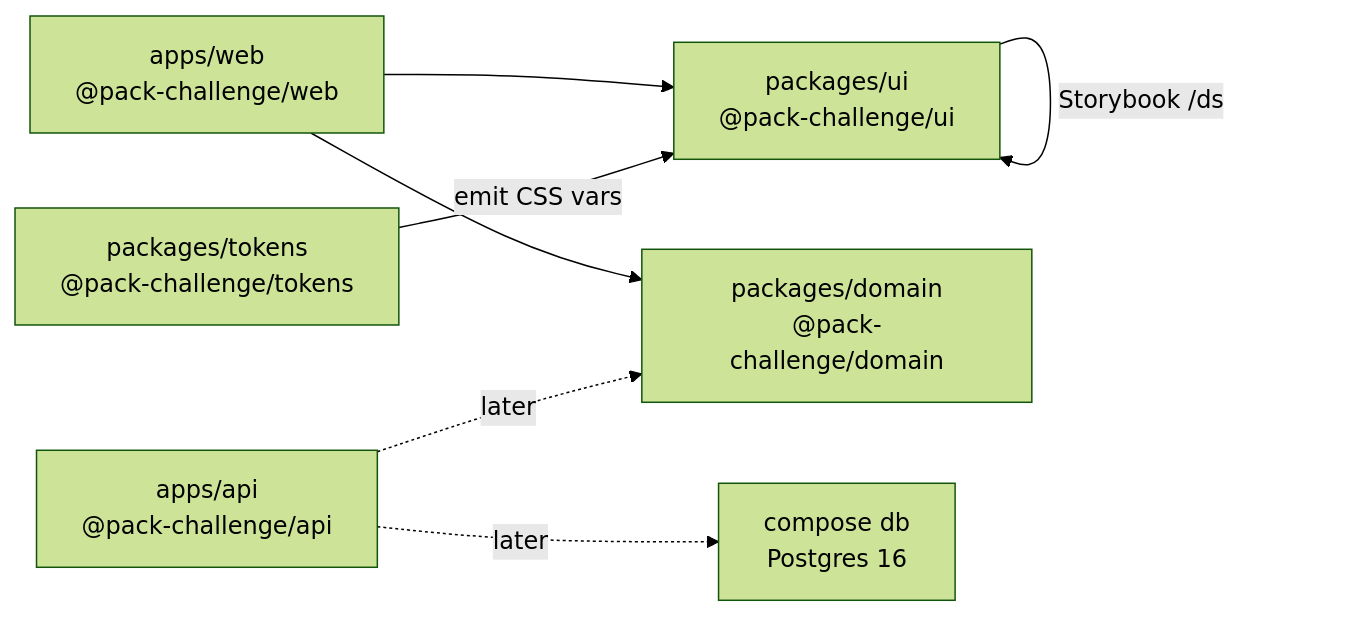
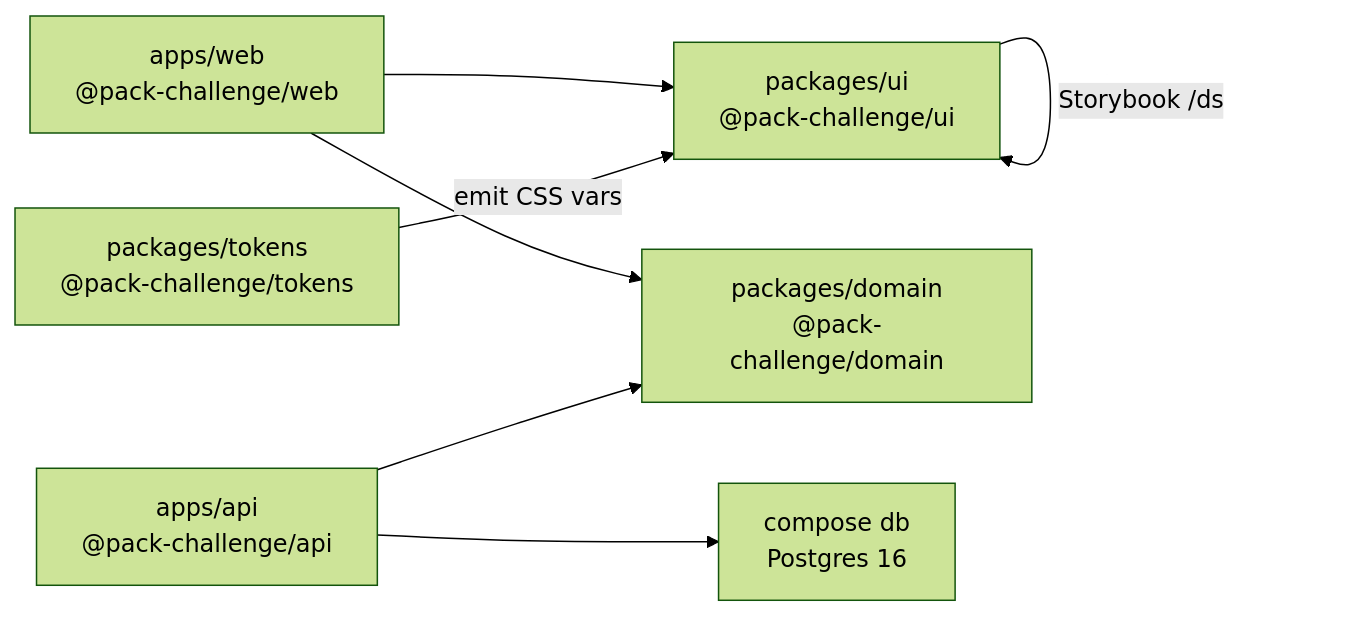
The diagram in README.md (borjalofe/svelte-file-uploader), drawn with Mermaid (forest theme) before and after one commit. The commit also changed other lines of this file and 2 other files, not shown here.

````diff
--- a/README.md
+++ b/README.md
@@ -79,16 +79,16 @@
 ```mermaid
 flowchart LR
   web["apps/web<br/>@pack-challenge/web"]
   api["apps/api<br/>@pack-challenge/api"]
   ui["packages/ui<br/>@pack-challenge/ui"]
   domain["packages/domain<br/>@pack-challenge/domain"]
   tokensPkg["packages/tokens<br/>@pack-challenge/tokens"]
   db["compose db<br/>Postgres 16"]
 
   web --> ui
   web --> domain
-  api -.->|later| domain
-  api -.->|later| db
+  api --> domain
+  api --> db
   tokensPkg -->|emit CSS vars| ui
   ui -->|Storybook /ds| ui
 ```
````
